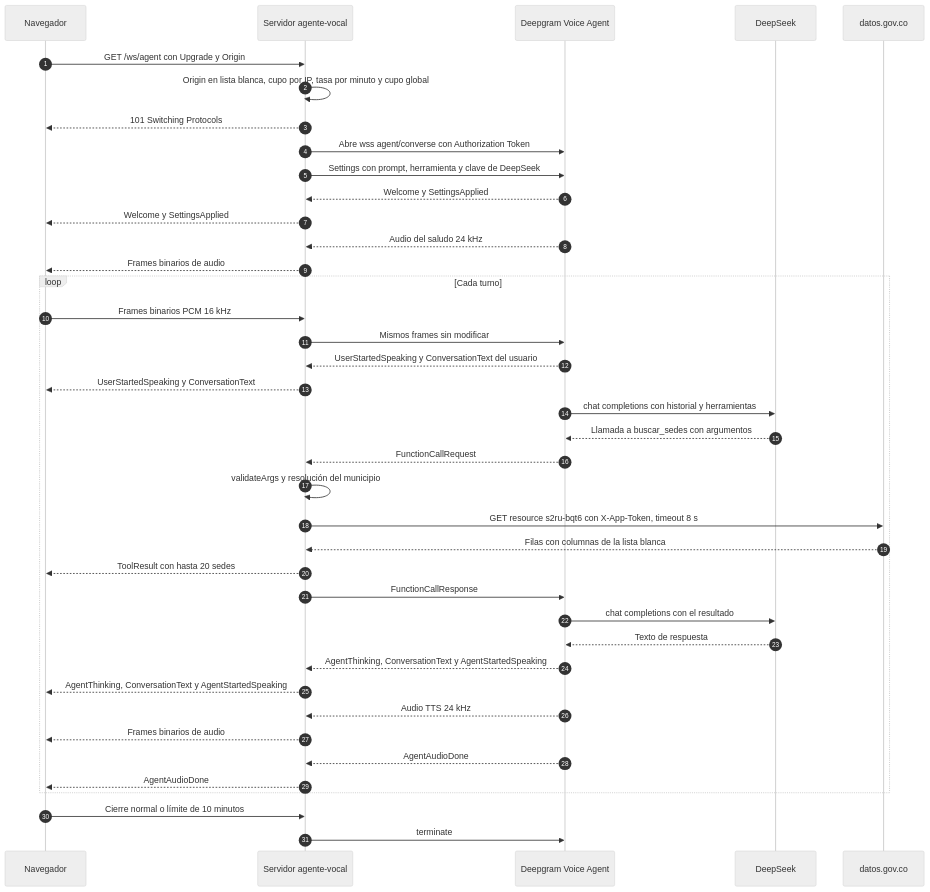
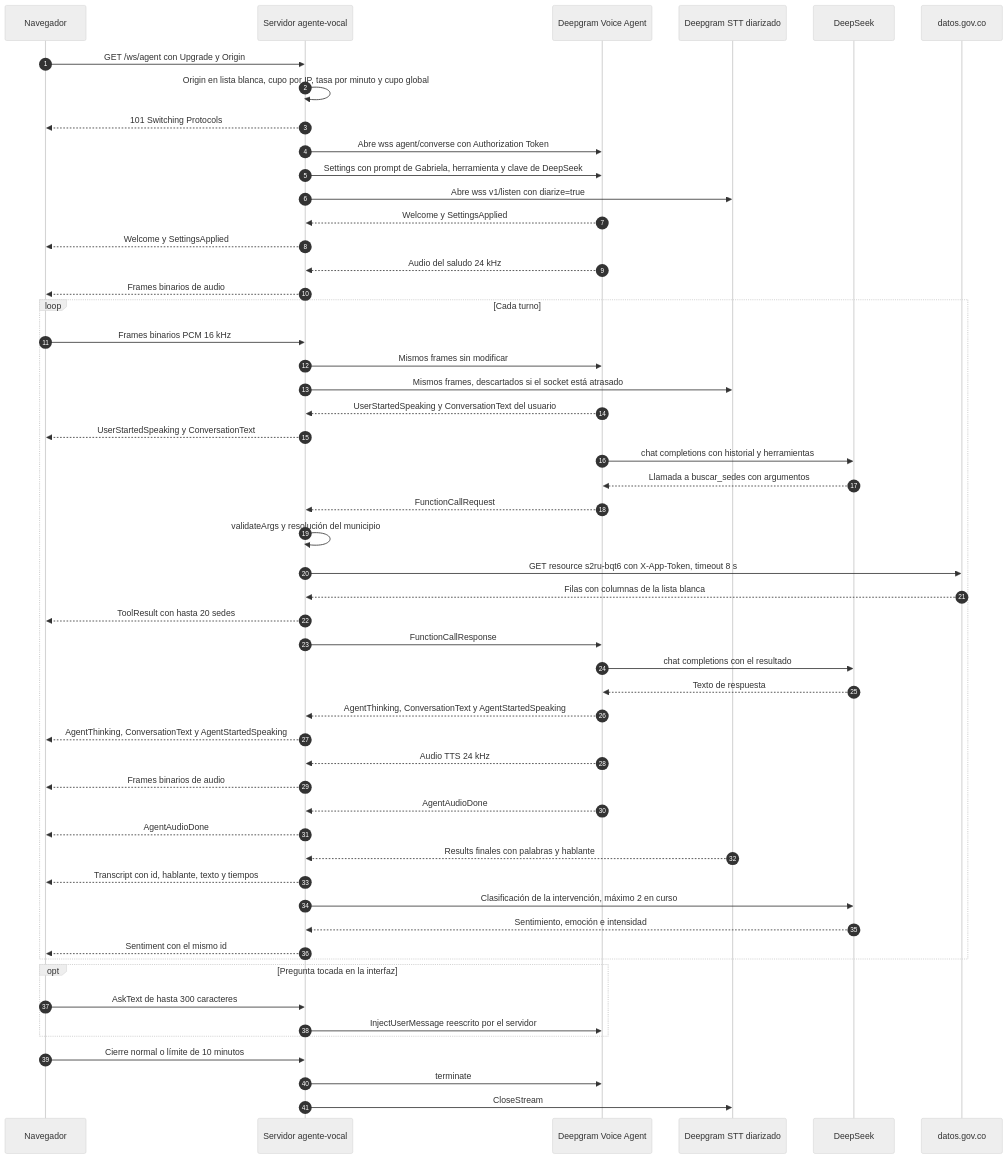
One commit to JacoboJaramillo/Hackathon changed the third of 5 diagrams in docs/ARCHITECTURE.md. Above: the diagram before and after it, drawn with Mermaid (neutral theme). The commit also changed other lines of this file and 15 other files, not shown here.

````diff
--- a/docs/ARCHITECTURE.md
+++ b/docs/ARCHITECTURE.md
@@ -104,43 +129,56 @@
 ```mermaid
 sequenceDiagram
   autonumber
   participant N as Navegador
   participant S as Servidor agente-vocal
   participant DG as Deepgram Voice Agent
+  participant DL as Deepgram STT diarizado
   participant DS as DeepSeek
   participant DT as datos.gov.co
 
   N->>S: GET /ws/agent con Upgrade y Origin
   S->>S: Origin en lista blanca, cupo por IP, tasa por minuto y cupo global
   S-->>N: 101 Switching Protocols
   S->>DG: Abre wss agent/converse con Authorization Token
-  S->>DG: Settings con prompt, herramienta y clave de DeepSeek
+  S->>DG: Settings con prompt de Gabriela, herramienta y clave de DeepSeek
+  S->>DL: Abre wss v1/listen con diarize=true
   DG-->>S: Welcome y SettingsApplied
   S-->>N: Welcome y SettingsApplied
   DG-->>S: Audio del saludo 24 kHz
   S-->>N: Frames binarios de audio
   loop Cada turno
     N->>S: Frames binarios PCM 16 kHz
     S->>DG: Mismos frames sin modificar
+    S->>DL: Mismos frames, descartados si el socket está atrasado
     DG-->>S: UserStartedSpeaking y ConversationText del usuario
     S-->>N: UserStartedSpeaking y ConversationText
     DG->>DS: chat completions con historial y herramientas
     DS-->>DG: Llamada a buscar_sedes con argumentos
     DG-->>S: FunctionCallRequest
     S->>S: validateArgs y resolución del municipio
     S->>DT: GET resource s2ru-bqt6 con X-App-Token, timeout 8 s
     DT-->>S: Filas con columnas de la lista blanca
     S-->>N: ToolResult con hasta 20 sedes
     S->>DG: FunctionCallResponse
     DG->>DS: chat completions con el resultado
     DS-->>DG: Texto de respuesta
     DG-->>S: AgentThinking, ConversationText y AgentStartedSpeaking
     S-->>N: AgentThinking, ConversationText y AgentStartedSpeaking
     DG-->>S: Audio TTS 24 kHz
     S-->>N: Frames binarios de audio
     DG-->>S: AgentAudioDone
     S-->>N: AgentAudioDone
+    DL-->>S: Results finales con palabras y hablante
+    S-->>N: Transcript con id, hablante, texto y tiempos
+    S->>DS: Clasificación de la intervención, máximo 2 en curso
+    DS-->>S: Sentimiento, emoción e intensidad
+    S-->>N: Sentiment con el mismo id
+  end
+  opt Pregunta tocada en la interfaz
+    N->>S: AskText de hasta 300 caracteres
+    S->>DG: InjectUserMessage reescrito por el servidor
   end
   N->>S: Cierre normal o límite de 10 minutos
   S->>DG: terminate
+  S->>DL: CloseStream
 ```
````
